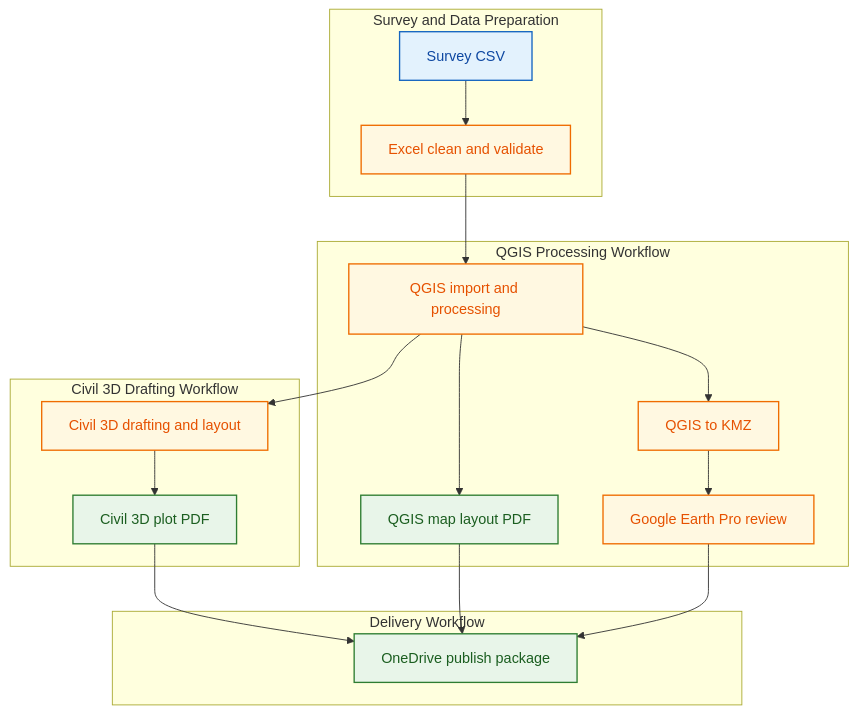
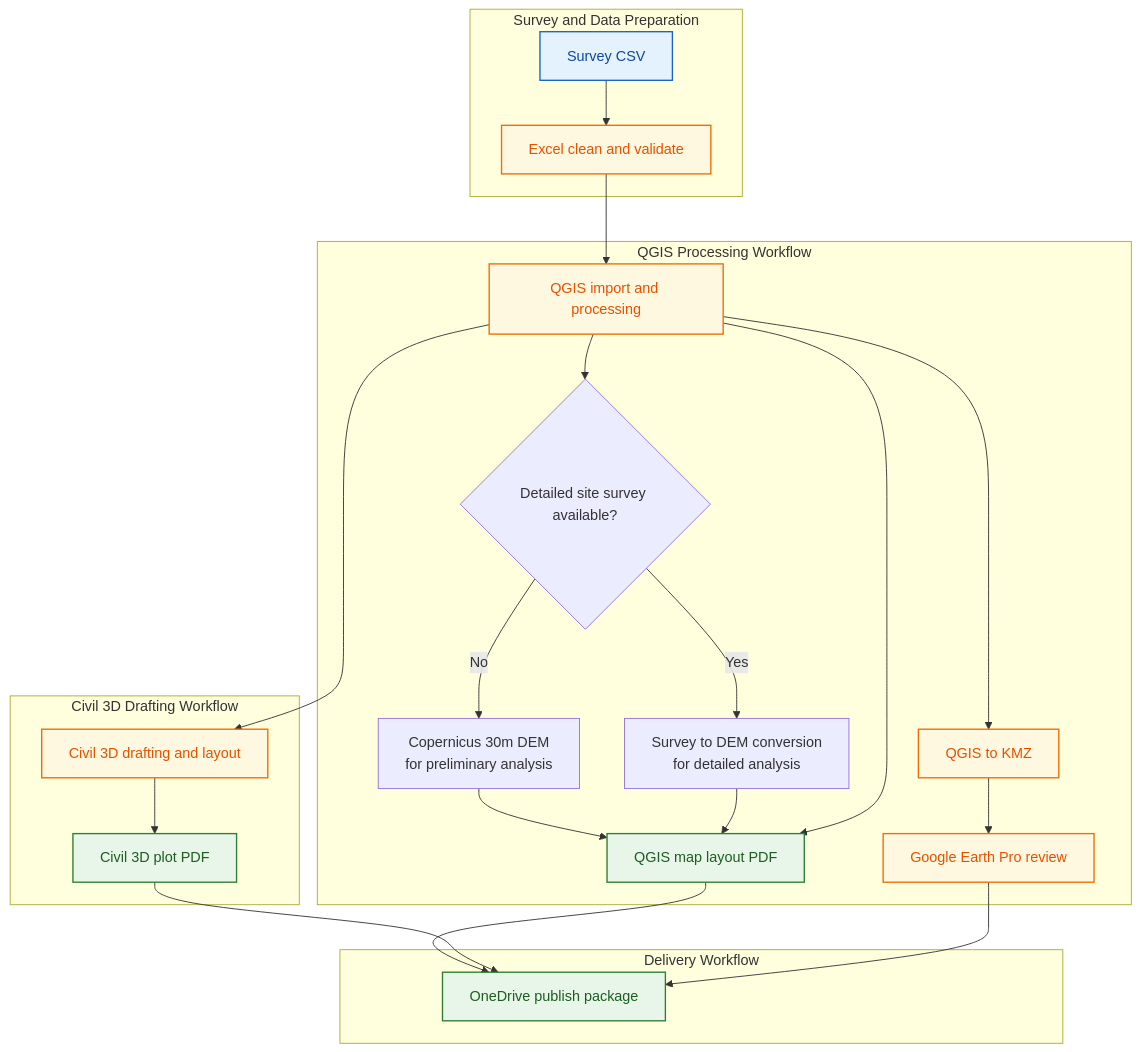
One commit to PrathamGitHub/Geo-CAD-Practical-Reference changed the diagram in docs/index.md. Above: the diagram before and after it, drawn with Mermaid. The commit also changed other lines of this file and 8 other files, not shown here.

Commit message:
Enhance documentation with critical elevation source rules and detailed analysis guidelines for terrain-derived products across multiple workflows.

````diff
--- a/docs/index.md
+++ b/docs/index.md
@@ -44,41 +52,49 @@
 ```mermaid
 flowchart TD
     subgraph Prep[Survey and Data Preparation]
         A[Survey CSV] --> B[Excel clean and validate]
     end
 
     subgraph GIS[QGIS Processing Workflow]
         C[QGIS import and processing]
+        C1{Detailed site survey available?}
+        C2[Copernicus 30m DEM <br> for preliminary analysis]
+        C3[Survey to DEM conversion <br> for detailed analysis]
         E[QGIS map layout PDF]
         G[QGIS to KMZ]
         H[Google Earth Pro review]
     end
 
     subgraph CAD[Civil 3D Drafting Workflow]
         D[Civil 3D drafting and layout]
         F[Civil 3D plot PDF]
     end
 
     subgraph Publish[Delivery Workflow]
         I[OneDrive publish package]
     end
 
     B --> C
+    C --> C1
+    C1 -->|No| C2
+    C1 -->|Yes| C3
+    C2 --> E
+    C3 --> E
     C --> D
     C --> E
     D --> F
     C --> G
     G --> H
     E --> I
     F --> I
     H --> I
 
     classDef input fill:#e3f2fd,stroke:#1565c0,stroke-width:1.5px,color:#0d47a1;
     classDef process fill:#fff8e1,stroke:#ef6c00,stroke-width:1.5px,color:#e65100;
     classDef decision fill:#ffebee,stroke:#c62828,stroke-width:1.5px,color:#8e0000;
     classDef output fill:#e8f5e9,stroke:#2e7d32,stroke-width:1.5px,color:#1b5e20;
 
     class A input;
     class B,C,D,G,H process;
     class E,F,I output;
 ```
````
